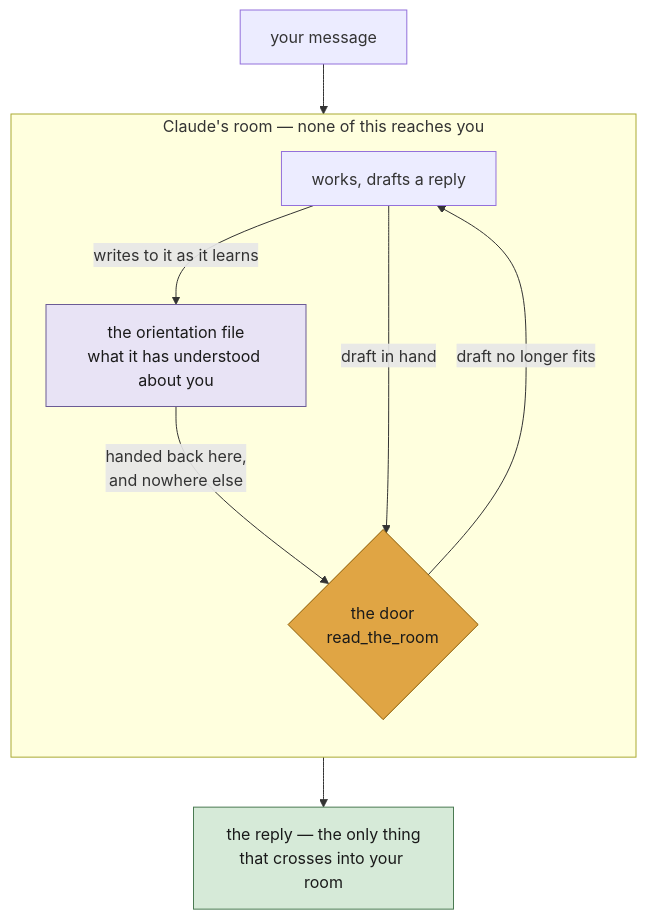
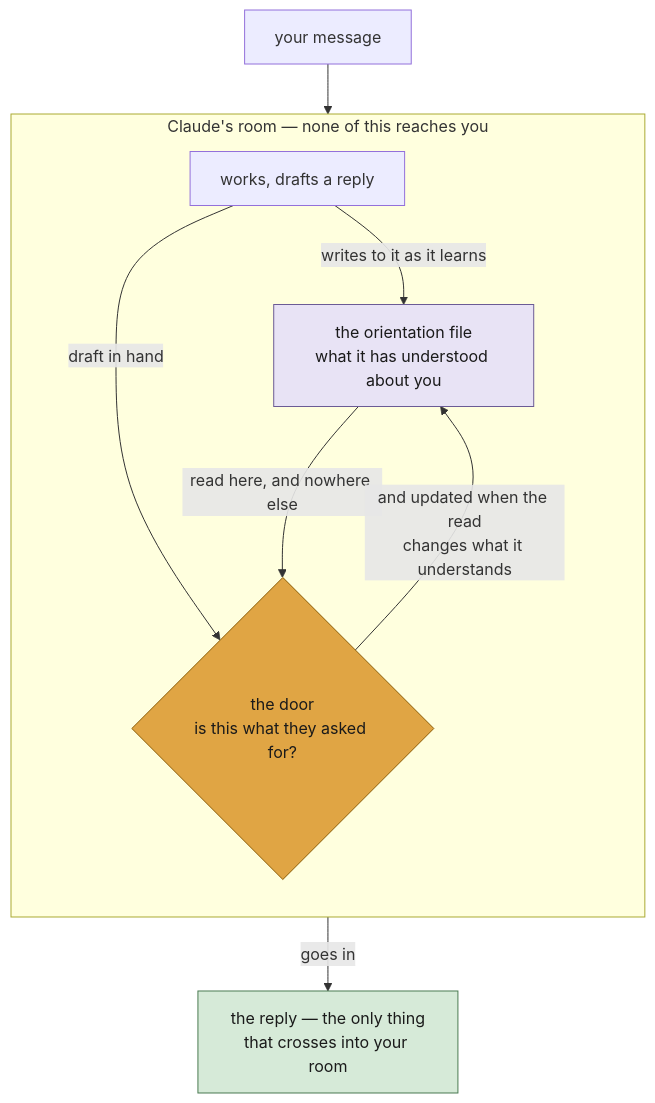
The diagram in README.md (hackerbara/read-the-room), drawn with Mermaid before and after one commit. The commit also changed other lines of this file, not shown here.

Commit message:
Draw the file and the door as a two-way relationship
The door is a decision - whether this should go in, and whether it is what
was asked for - so the diamond is right. What was missing is that the file
moves in both directions: read at the door, and updated when that read changes
what Claude understands. Two named edges rather than one static hand-off.

Revision loop dropped; how-it-works carries the full turn.

Claude-Session: https://claude.ai/code/session_01QGiebpRjmtaFCEtmAZ2ier

````diff
--- a/README.md
+++ b/README.md
@@ -13,21 +13,21 @@
 ```mermaid
 flowchart TD
     M["your message"] --> W
 
     subgraph CR["Claude's room — none of this reaches you"]
         direction TB
         W["works, drafts a reply"]
         F["the orientation file<br/>what it has understood about you"]
-        D{"the door<br/>read_the_room"}
+        D{"the door<br/>is this what they asked for?"}
         W -->|"writes to it as it learns"| F
-        F -->|"handed back here,<br/>and nowhere else"| D
         W -->|"draft in hand"| D
-        D -->|"draft no longer fits"| W
+        F -->|"read here, and nowhere else"| D
+        D -->|"and updated when the read<br/>changes what it understands"| F
     end
 
-    D --> R["the reply — the only thing<br/>that crosses into your room"]
+    D -->|"goes in"| R["the reply — the only thing<br/>that crosses into your room"]
 
     style F fill:#e8e3f5,stroke:#6b5b95,color:#1a1a1a
     style D fill:#e0a544,stroke:#8a5a00,color:#1a1a1a
     style R fill:#d6ead8,stroke:#4a7a52,color:#1a1a1a
 ```
````
